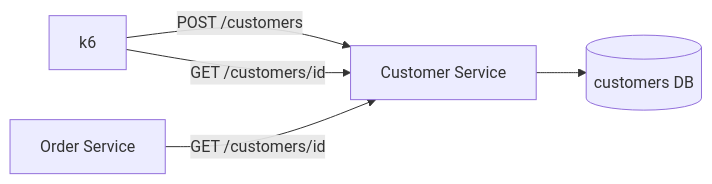
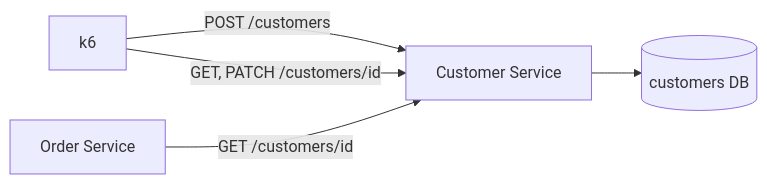
Before and after one commit to poph2/datastack: the diagram in docs/microservices/customer-service.md, drawn with Mermaid. The commit also changed other lines of this file and 44 other files, not shown here.

````diff
--- a/docs/microservices/customer-service.md
+++ b/docs/microservices/customer-service.md
@@ -98,7 +120,7 @@
 ```mermaid
 flowchart LR
   k6 -->|POST /customers| CS[Customer Service]
-  k6 -->|GET /customers/id| CS
+  k6 -->|GET, PATCH /customers/id| CS
   OS[Order Service] -->|GET /customers/id| CS
   CS --> DB[(customers DB)]
 ```
````
